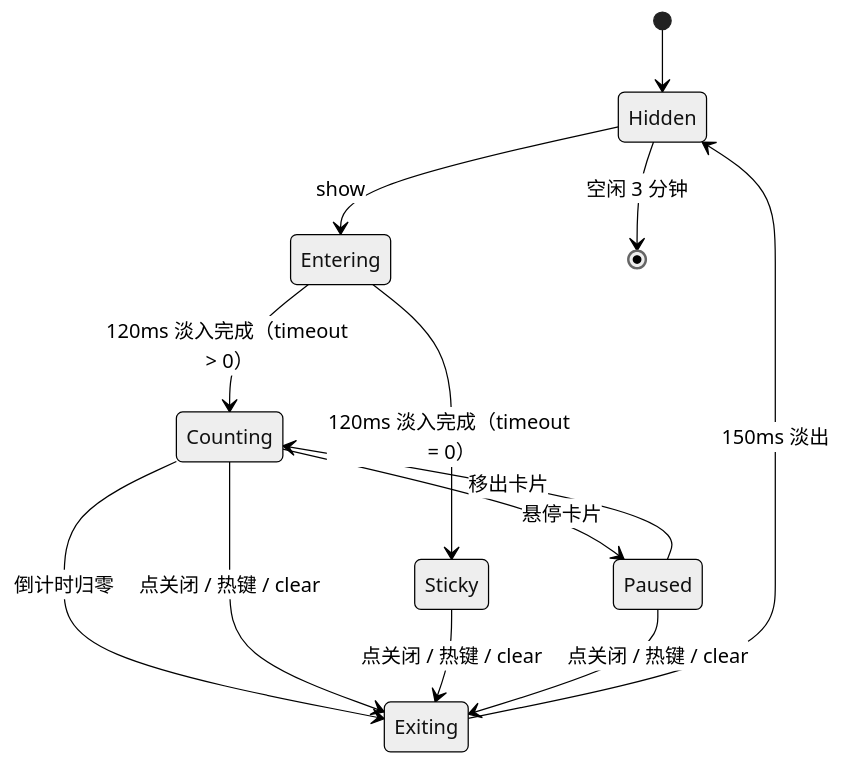
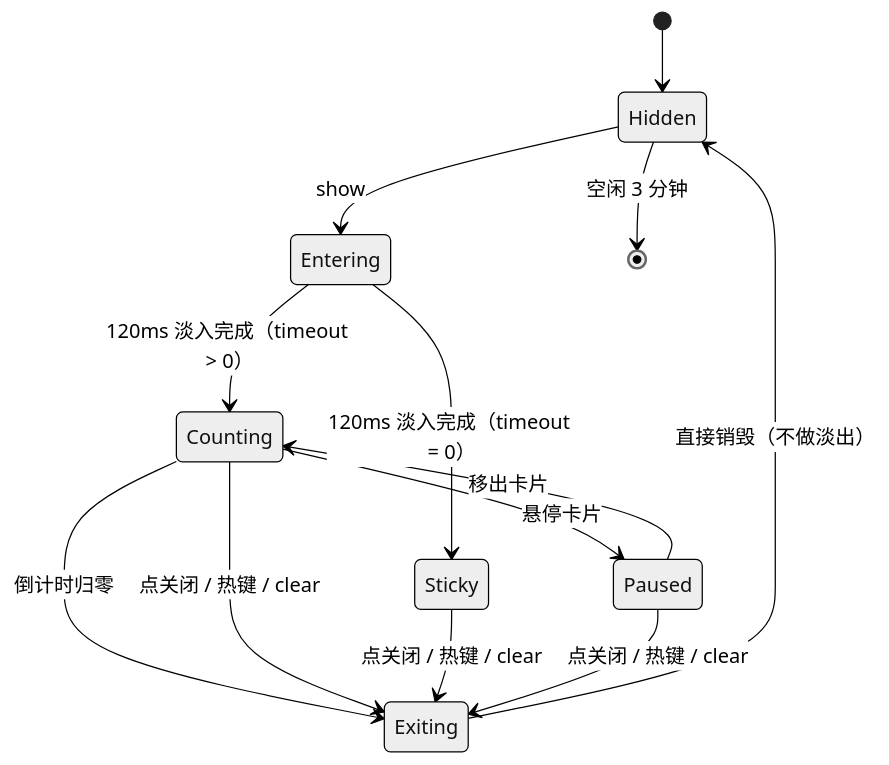
One commit to imba97/spotlight changed the diagram in ai-docs/design-docs/04-交互与状态机.md. Above: the diagram before and after it, drawn with Mermaid (neutral theme). The commit also changed other lines of this file and 1 other file, not shown here.

````diff
--- a/ai-docs/design-docs/04-交互与状态机.md
+++ b/ai-docs/design-docs/04-交互与状态机.md
@@ -10,15 +10,15 @@
 ```mermaid
 stateDiagram-v2
     [*] --> Hidden
     Hidden --> Entering: show
     Entering --> Counting: 120ms 淡入完成（timeout > 0）
     Entering --> Sticky: 120ms 淡入完成（timeout = 0）
     Counting --> Paused: 悬停卡片
     Paused --> Counting: 移出卡片
     Counting --> Exiting: 倒计时归零
     Counting --> Exiting: 点关闭 / 热键 / clear
     Sticky --> Exiting: 点关闭 / 热键 / clear
     Paused --> Exiting: 点关闭 / 热键 / clear
-    Exiting --> Hidden: 150ms 淡出
+    Exiting --> Hidden: 直接销毁（不做淡出）
     Hidden --> [*]: 空闲 3 分钟
 ```
````
